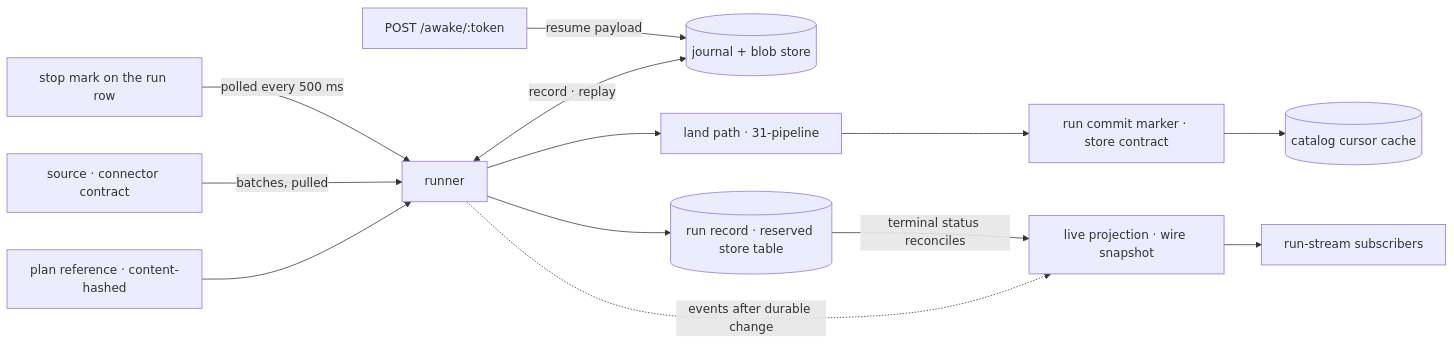
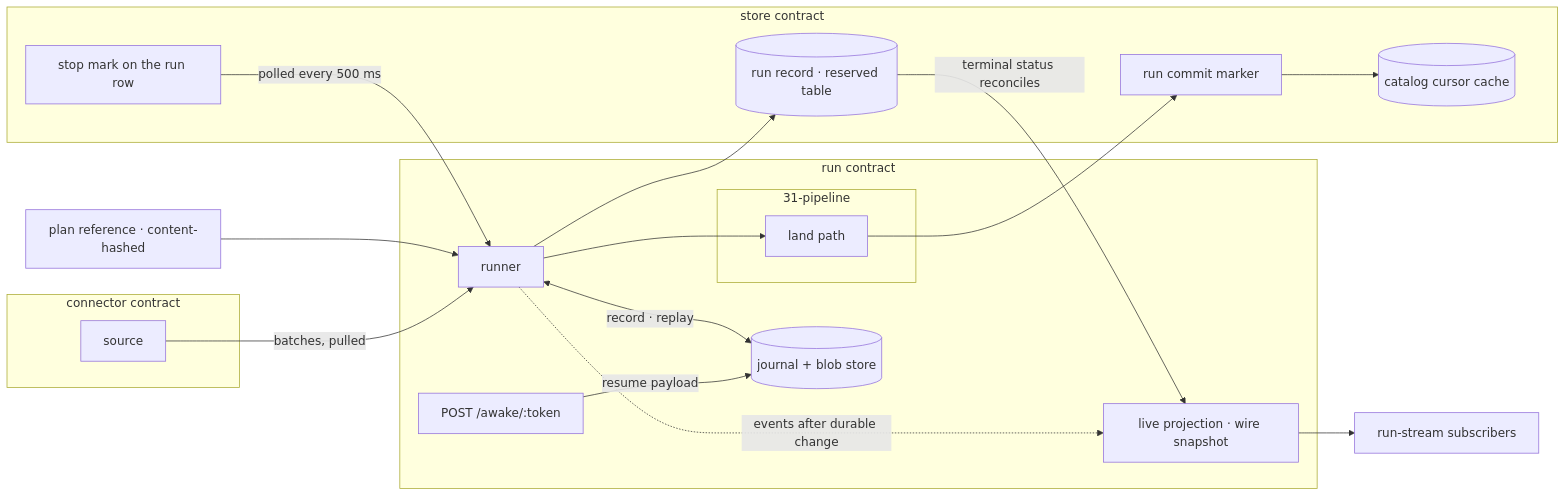
The first of 6 diagrams in spec/30-run.md (fractalboxdev/contextful), drawn with Mermaid before and after one commit. The commit also changed other lines of this file and 33 other files, not shown here.

Commit message:
spec: diagrams draw contracts, parties and trust zones as containers; a node standing for one is refused

````diff
--- a/spec/30-run.md
+++ b/spec/30-run.md
@@ -23,15 +23,33 @@
 ```mermaid
 flowchart LR
-  PLAN["plan reference · content-hashed"] --> RUN["runner"]
-  SRC["source · connector contract"] -->|"batches, pulled"| RUN
-  RUN <-->|"record · replay"| J[("journal + blob store")]
-  AW["POST /awake/:token"] -->|"resume payload"| J
-  RUN --> LAND["land path · 31-pipeline"]
-  LAND --> MARK["run commit marker · store contract"]
-  MARK --> CUR[("catalog cursor cache")]
-  STOP["stop mark on the run row"] -->|"polled every 500 ms"| RUN
-  RUN --> REC[("run record · reserved store table")]
-  RUN -. "events after durable change" .-> HUB["live projection · wire snapshot"]
+  PLAN["plan reference · content-hashed"] --> RUN
+  subgraph CONN["connector contract"]
+    SRC["source"]
+  end
+  subgraph RUNC["run contract"]
+    RUN["runner"]
+    J[("journal + blob store")]
+    AW["POST /awake/:token"]
+    HUB["live projection · wire snapshot"]
+    subgraph PIPE["31-pipeline"]
+      LAND["land path"]
+    end
+  end
+  subgraph STORE["store contract"]
+    MARK["run commit marker"]
+    CUR[("catalog cursor cache")]
+    STOP["stop mark on the run row"]
+    REC[("run record · reserved table")]
+  end
+  SRC -->|"batches, pulled"| RUN
+  RUN <-->|"record · replay"| J
+  AW -->|"resume payload"| J
+  RUN --> LAND
+  LAND --> MARK
+  MARK --> CUR
+  STOP -->|"polled every 500 ms"| RUN
+  RUN --> REC
+  RUN -. "events after durable change" .-> HUB
   REC -->|"terminal status reconciles"| HUB
   HUB --> SUB["run-stream subscribers"]
 ```
````
